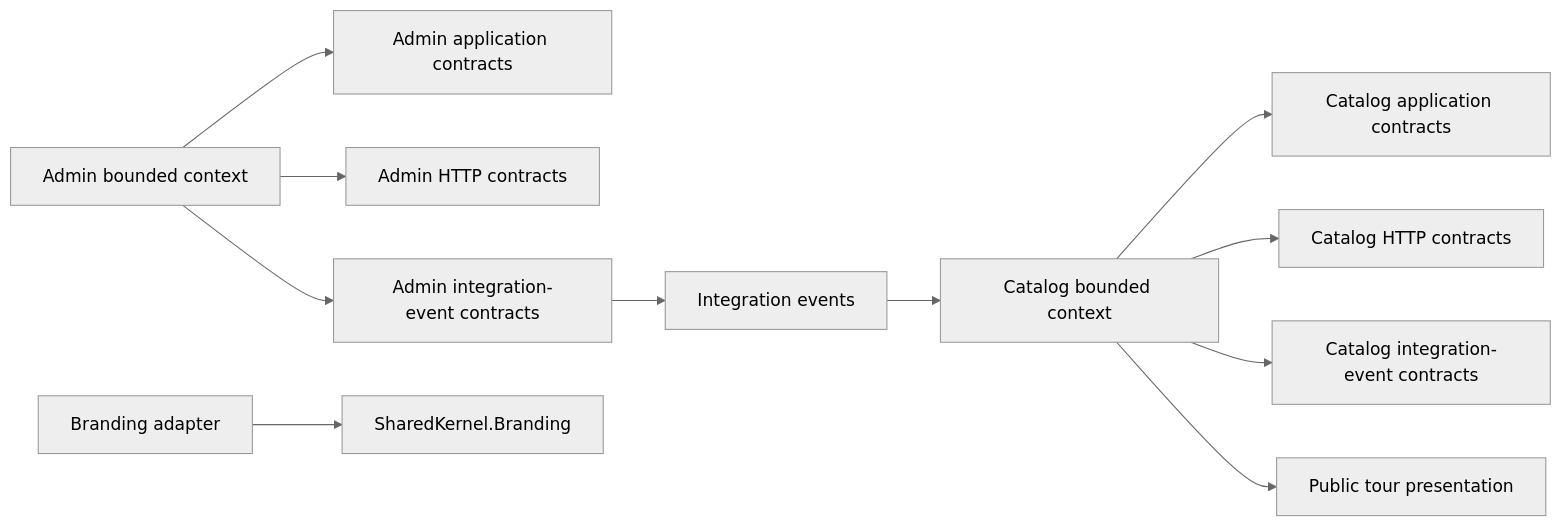
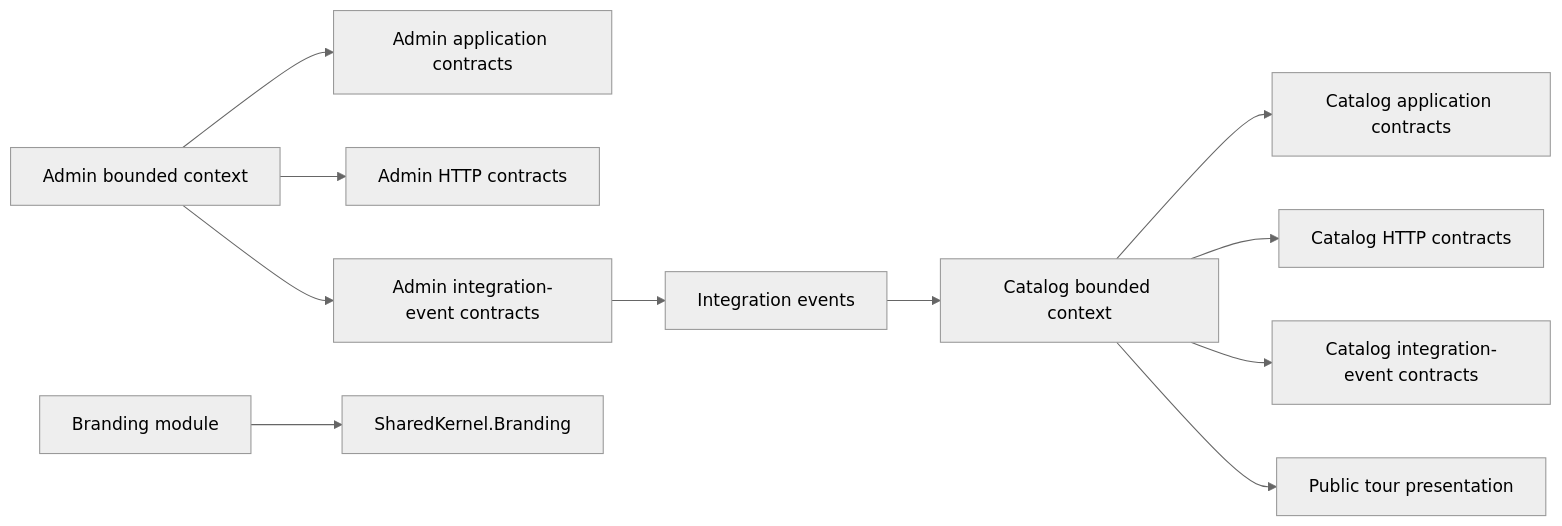
Before and after one commit to danigutsch/ViajantesTurismo: the first of 4 diagrams in docs/architecture/boundaries-and-dependencies.md, drawn with Mermaid (neutral theme). The commit also changed other lines of this file and 17 other files, not shown here.

Commit message:
docs(architecture): define branding module co-hosting

````diff
--- a/docs/architecture/boundaries-and-dependencies.md
+++ b/docs/architecture/boundaries-and-dependencies.md
@@ -13,26 +15,26 @@
 ```mermaid
 flowchart LR
     admin[Admin bounded context]
     adminAppContracts[Admin application contracts]
     adminHttpContracts[Admin HTTP contracts]
     adminEventContracts[Admin integration-event contracts]
     integration[Integration events]
     catalog[Catalog bounded context]
     catalogAppContracts[Catalog application contracts]
     catalogHttpContracts[Catalog HTTP contracts]
     catalogEventContracts[Catalog integration-event contracts]
-    branding[Branding adapter]
+    branding[Branding module]
     brandingCore[SharedKernel.Branding]
     publicRead[Public tour presentation]
 
     admin --> adminAppContracts
     admin --> adminHttpContracts
     admin --> adminEventContracts
     adminEventContracts --> integration
     integration --> catalog
     catalog --> catalogAppContracts
     catalog --> catalogHttpContracts
     catalog --> catalogEventContracts
     catalog --> publicRead
     branding --> brandingCore
 ```
````
